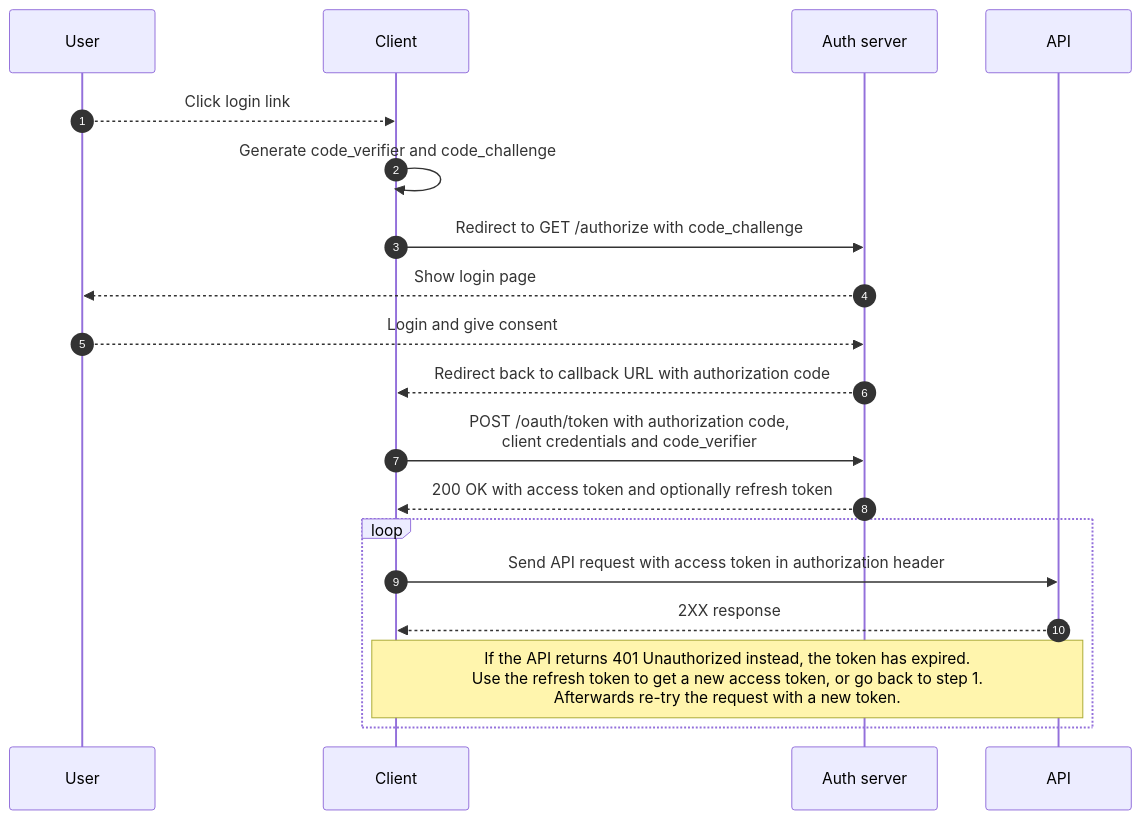
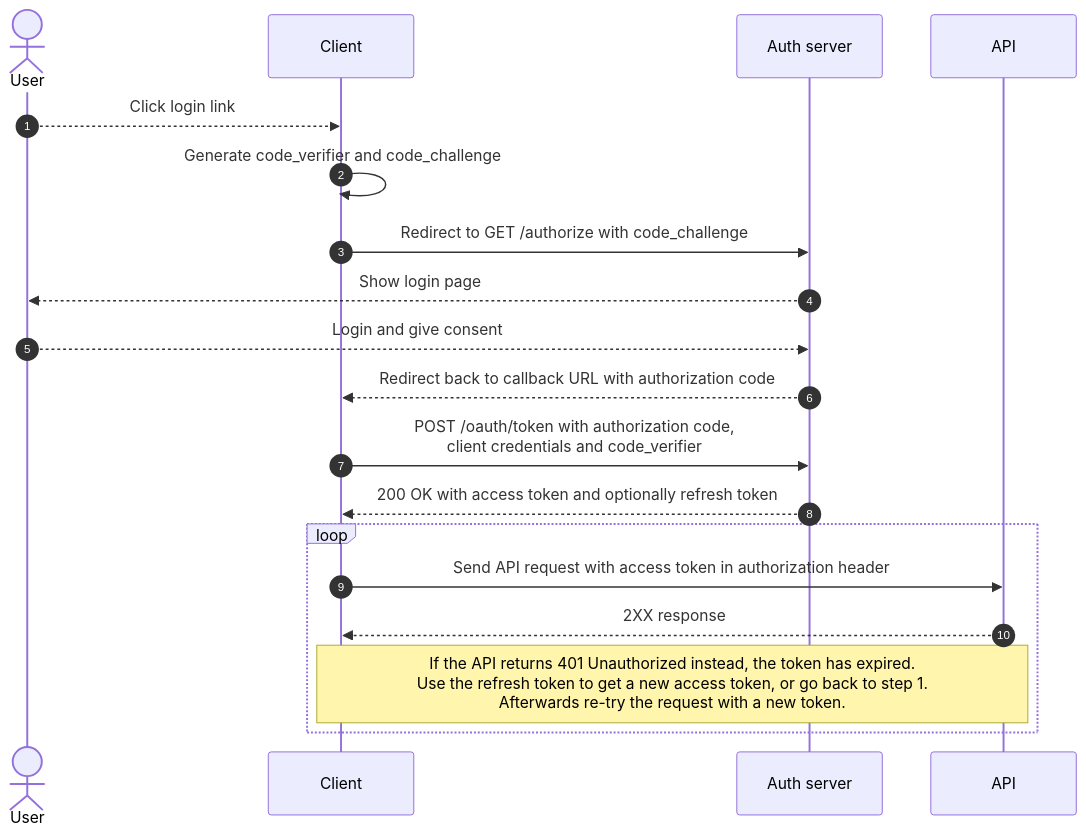
The second of 2 diagrams in projects/authentication/docs/user-access-token.md (cultuurnet/apidocs), drawn with Mermaid before and after one commit. The commit also changed other lines of this file, not shown here.

Commit message:
Mark User as an actor

````diff
--- a/projects/authentication/docs/user-access-token.md
+++ b/projects/authentication/docs/user-access-token.md
@@ -78,17 +79,18 @@
 ```mermaid
 sequenceDiagram
     autonumber
+    actor User
     User-->>Client: Click login link
     Client->>Client: Generate code_verifier and code_challenge
     Client->>Auth server: Redirect to GET /authorize with code_challenge
     Auth server-->>User: Show login page
     User-->>Auth server: Login and give consent
     Auth server-->>Client: Redirect back to callback URL with authorization code
     Client->>Auth server: POST /oauth/token with authorization code,<br /> client credentials and code_verifier
     Auth server-->>Client: 200 OK with access token and optionally refresh token
     loop
         Client->>API: Send API request with access token in authorization header
         API-->>Client: 2XX response
         note over API,Client: If the API returns 401 Unauthorized instead, the token has expired.<br />Use the refresh token to get a new access token, or go back to step 1.<br /> Afterwards re-try the request with a new token.
     end
 ```
````
